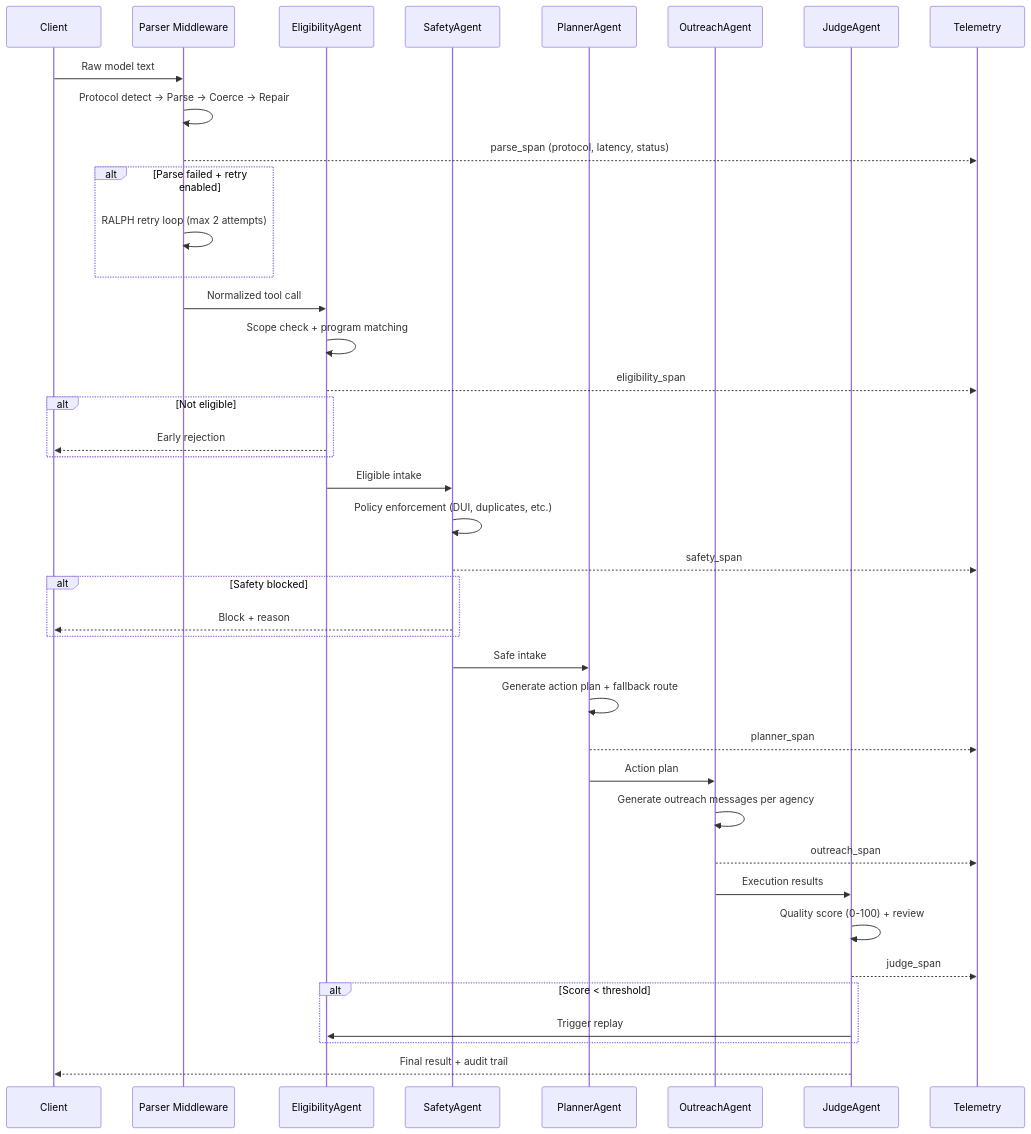
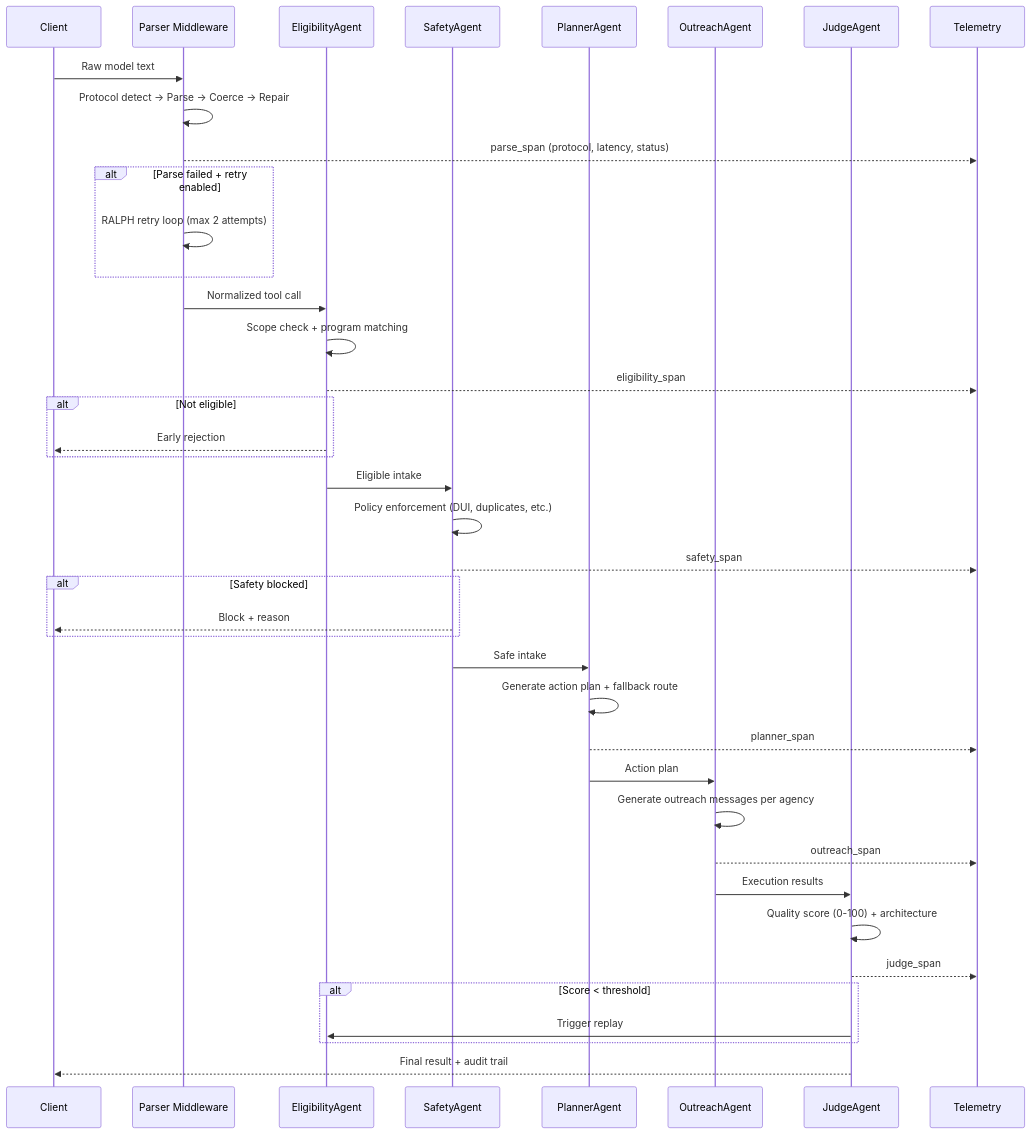
One commit to KIM3310/stage-pilot changed the second of 2 diagrams in README.md. Above: the diagram before and after it, drawn with Mermaid. The commit also changed other lines of this file and 32 other files, not shown here.

Commit message:
docs: align architecture-first project surface

````diff
--- a/README.md
+++ b/README.md
@@ -124,53 +124,53 @@
 ```mermaid
 sequenceDiagram
     participant C as Client
     participant MW as Parser Middleware
     participant E as EligibilityAgent
     participant S as SafetyAgent
     participant P as PlannerAgent
     participant O as OutreachAgent
     participant J as JudgeAgent
     participant T as Telemetry
 
     C->>MW: Raw model text
     MW->>MW: Protocol detect → Parse → Coerce → Repair
     MW-->>T: parse_span (protocol, latency, status)
 
     alt Parse failed + retry enabled
         MW->>MW: RALPH retry loop (max 2 attempts)
     end
 
     MW->>E: Normalized tool call
     E->>E: Scope check + program matching
     E-->>T: eligibility_span
 
     alt Not eligible
         E-->>C: Early rejection
     end
 
     E->>S: Eligible intake
     S->>S: Policy enforcement (DUI, duplicates, etc.)
     S-->>T: safety_span
 
     alt Safety blocked
         S-->>C: Block + reason
     end
 
     S->>P: Safe intake
     P->>P: Generate action plan + fallback route
     P-->>T: planner_span
 
     P->>O: Action plan
     O->>O: Generate outreach messages per agency
     O-->>T: outreach_span
 
     O->>J: Execution results
-    J->>J: Quality score (0-100) + review
+    J->>J: Quality score (0-100) + architecture
     J-->>T: judge_span
 
     alt Score < threshold
         J->>E: Trigger replay
     end
 
     J-->>C: Final result + audit trail
 ```
````
